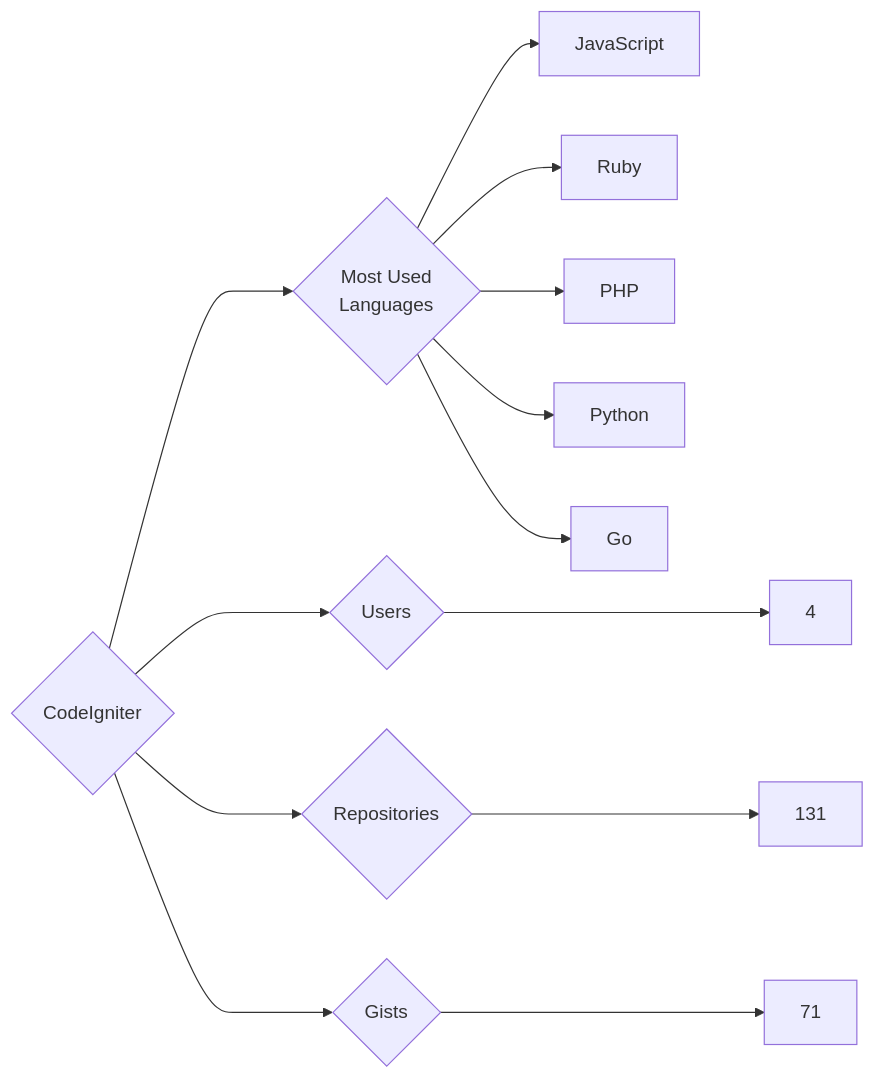
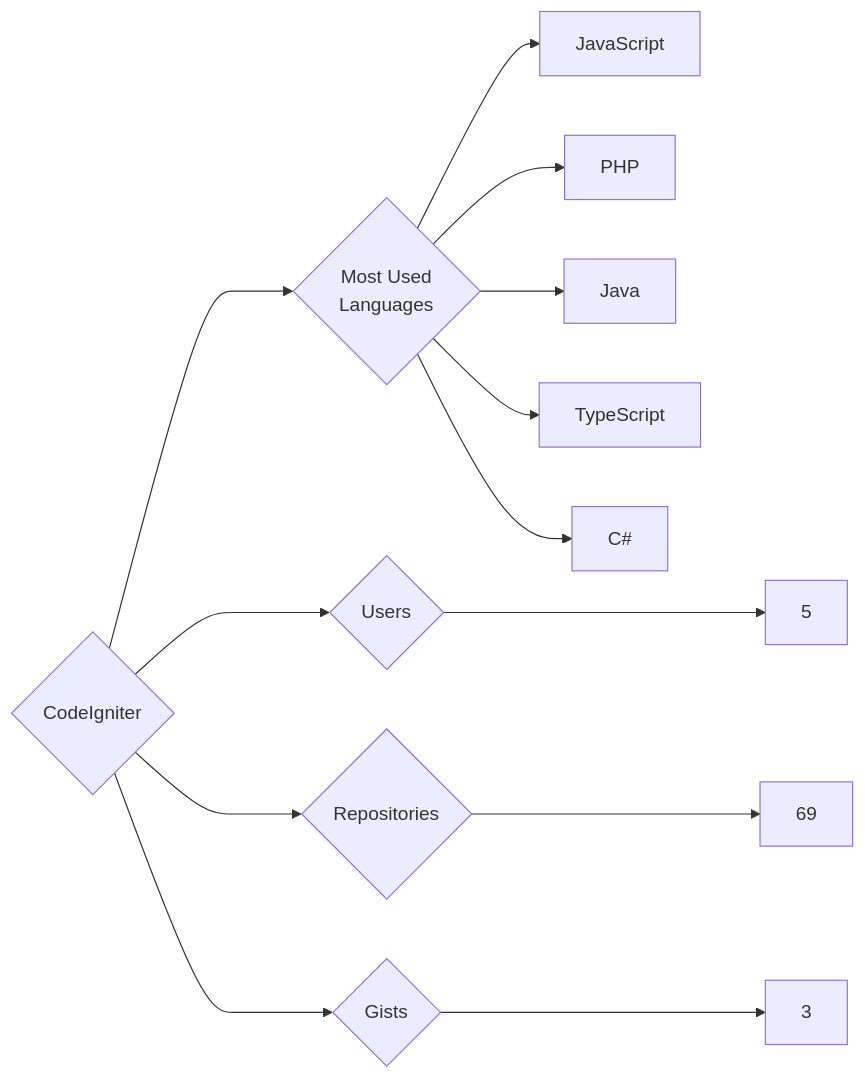
One commit to trickest/insiders changed the diagram in targets/CodeIgniter/README.md. Above: the diagram before and after it, drawn with Mermaid. The commit also changed 1023 other files, not shown here.

````diff
--- a/targets/CodeIgniter/README.md
+++ b/targets/CodeIgniter/README.md
@@ -3,13 +3,13 @@
 ```mermaid
 graph LR
 COMPANY_NAME{CodeIgniter}
-COMPANY_NAME ---> U{Users} ---> UN[4]
-COMPANY_NAME ---> R{Repositories} ---> RN[131]
-COMPANY_NAME ---> G{Gists} ---> GN[71]
+COMPANY_NAME ---> U{Users} ---> UN[5]
+COMPANY_NAME ---> R{Repositories} ---> RN[69]
+COMPANY_NAME ---> G{Gists} ---> GN[3]
 COMPANY_NAME ---> ML{Most Used<br>Languages}
 ML --> JavaScript[JavaScript]
-ML --> Ruby[Ruby]
 ML --> PHP[PHP]
-ML --> Python[Python]
-ML --> Go[Go]
+ML --> Java[Java]
+ML --> TypeScript[TypeScript]
+ML --> C#[C#]
 ```
````
